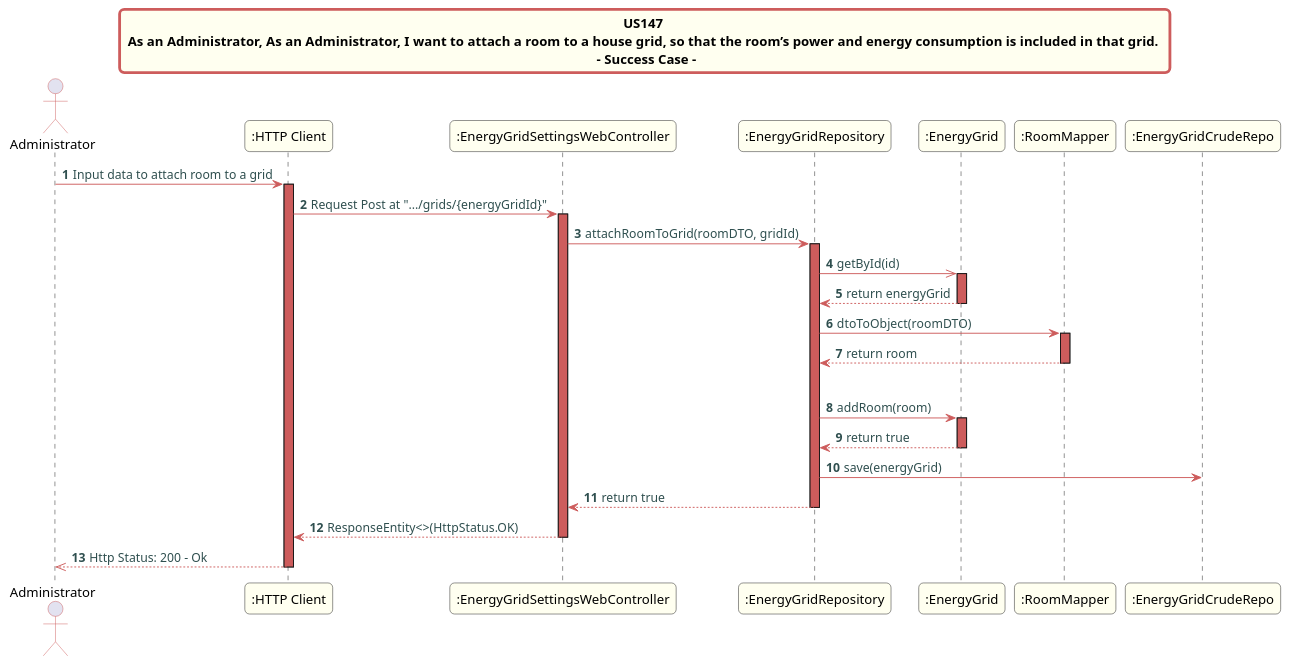
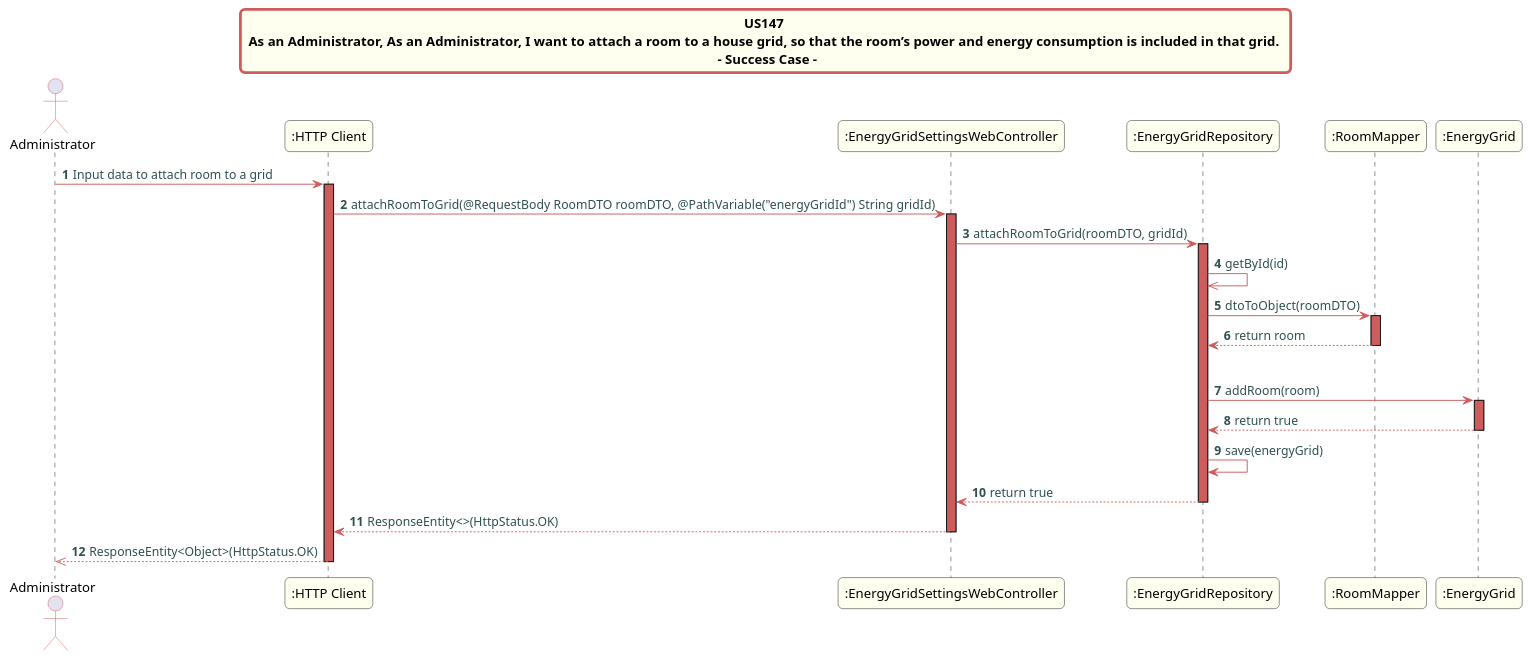
The diagram in src/doc/WEB_Controllers/EnergyGridSettings/US147/US147_sd_EnergyGridSettingsWebController.puml (Almadanmp/project), drawn with PlantUML before and after one commit. The commit also changed 2 other files, not shown here.

Commit message:
REF #344 REF #345 - Energy Grid Setting Web Controller - Throw Exception and Corrections in UMLs

```diff
--- a/src/doc/WEB_Controllers/EnergyGridSettings/US147/US147_sd_EnergyGridSettingsWebController.puml
+++ b/src/doc/WEB_Controllers/EnergyGridSettings/US147/US147_sd_EnergyGridSettingsWebController.puml
@@ -1,54 +1,51 @@
 @startuml
 skinparam titleBorderRoundCorner 10
 skinparam titleBorderThickness 3
 skinparam titleBorderColor indianred
 skinparam titleBackgroundColor ivory
 skinparam FontName quicksand
 
 skinparam actor {
  	BorderColor indianred
  	}
 
  skinparam sequence {
  	LifeLineBackgroundColor indianred
  	ParticipantBackgroundColor ivory
  }
 
  skinparam roundcorner 10
 
  skinparam component {
    arrowThickness 1
    ArrowFontName Verdana
    ArrowColor indianred
    ArrowFontColor darkslategrey
  }
 title US147 \n As an Administrator, As an Administrator, I want to attach a room to a house grid, so that the room’s power and energy consumption is included in that grid.  \n - Success Case -
 autonumber
 actor "Administrator"
 "Administrator" -> ":HTTP Client":  Input data to attach room to a grid
 activate ":HTTP Client"
-":HTTP Client" -> ":EnergyGridSettingsWebController":  Request Post at ".../grids/{energyGridId}"
+":HTTP Client" -> ":EnergyGridSettingsWebController":  attachRoomToGrid(@RequestBody RoomDTO roomDTO, @PathVariable("energyGridId") String gridId)
 activate ":EnergyGridSettingsWebController"
 ":EnergyGridSettingsWebController" -> ":EnergyGridRepository": attachRoomToGrid(roomDTO, gridId)
 activate ":EnergyGridRepository"
-":EnergyGridRepository" ->> ":EnergyGrid": getById(id)
-activate ":EnergyGrid"
-":EnergyGrid" --> ":EnergyGridRepository": return energyGrid
-deactivate ":EnergyGrid"
+":EnergyGridRepository" ->> ":EnergyGridRepository": getById(id)
 ":EnergyGridRepository" -> ":RoomMapper": dtoToObject(roomDTO)
 activate ":RoomMapper"
 ":RoomMapper" --> ":EnergyGridRepository" : return room
 deactivate ":RoomMapper"
 alt success
 ":EnergyGridRepository" -> ":EnergyGrid": addRoom(room)
 activate ":EnergyGrid"
 ":EnergyGrid" --> ":EnergyGridRepository" : return true
 deactivate ":EnergyGrid"
-":EnergyGridRepository" -> ":EnergyGridCrudeRepo" : save(energyGrid)
+":EnergyGridRepository" -> ":EnergyGridRepository" : save(energyGrid)
 ":EnergyGridRepository" --> ":EnergyGridSettingsWebController": return true
 deactivate ":EnergyGridRepository"
 ":EnergyGridSettingsWebController" --> ":HTTP Client": ResponseEntity<>(HttpStatus.OK)
 deactivate ":EnergyGridSettingsWebController"
-":HTTP Client" -->> "Administrator": Http Status: 200 - Ok
+":HTTP Client" -->> "Administrator": ResponseEntity<Object>(HttpStatus.OK)
 deactivate ":HTTP Client"
 @enduml
```
